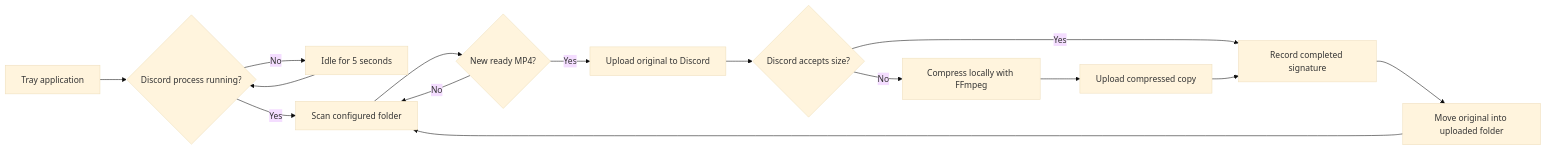
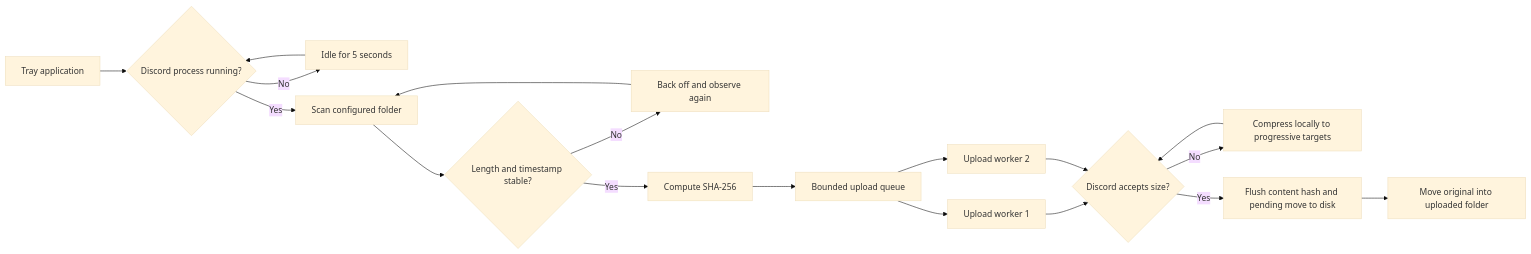
One commit to malikpervez/clips-to-discord changed the diagram in docs/ARCHITECTURE.md. Above: the diagram before and after it, drawn with Mermaid (base theme). The commit also changed other lines of this file and 24 other files, not shown here.

````diff
--- a/docs/ARCHITECTURE.md
+++ b/docs/ARCHITECTURE.md
@@ -5,17 +5,20 @@
 ```mermaid
 flowchart LR
     A["Tray application"] --> B{"Discord process running?"}
     B -- "No" --> C["Idle for 5 seconds"]
     C --> B
     B -- "Yes" --> D["Scan configured folder"]
-    D --> E{"New ready MP4?"}
-    E -- "No" --> D
-    E -- "Yes" --> F["Upload original to Discord"]
-    F --> G{"Discord accepts size?"}
-    G -- "No" --> H["Compress locally with FFmpeg"]
-    H --> I["Upload compressed copy"]
-    G -- "Yes" --> J["Record completed signature"]
-    I --> J
-    J --> K["Move original into uploaded folder"]
-    K --> D
+    D --> E{"Length and timestamp stable?"}
+    E -- "No" --> F["Back off and observe again"]
+    F --> D
+    E -- "Yes" --> G["Compute SHA-256"]
+    G --> H["Bounded upload queue"]
+    H --> I1["Upload worker 1"]
+    H --> I2["Upload worker 2"]
+    I1 --> J{"Discord accepts size?"}
+    I2 --> J
+    J -- "No" --> K["Compress locally to progressive targets"]
+    K --> J
+    J -- "Yes" --> L["Flush content hash and pending move to disk"]
+    L --> M["Move original into uploaded folder"]
 ```
````
